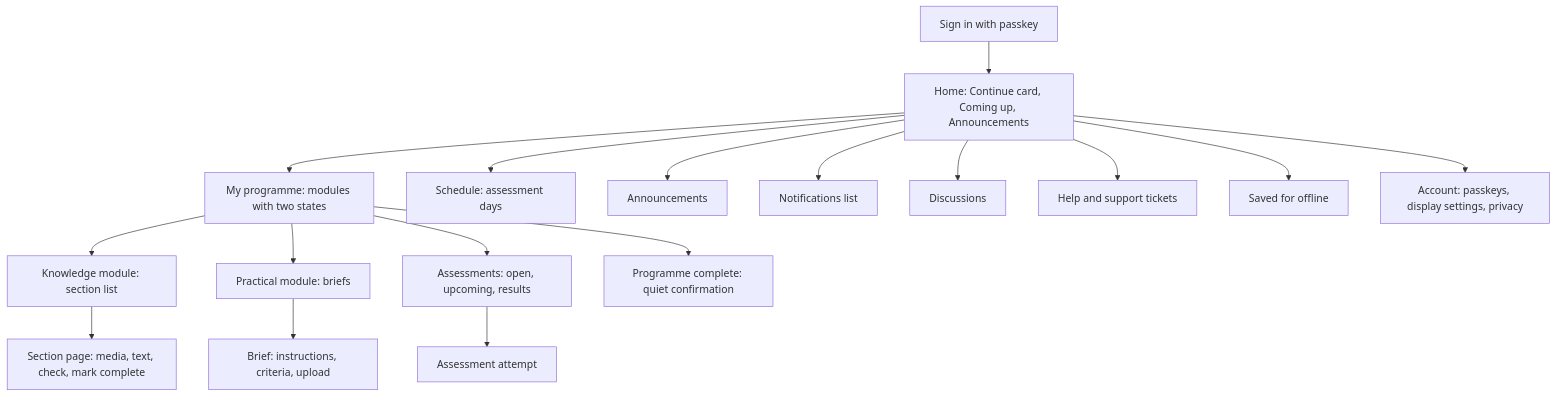
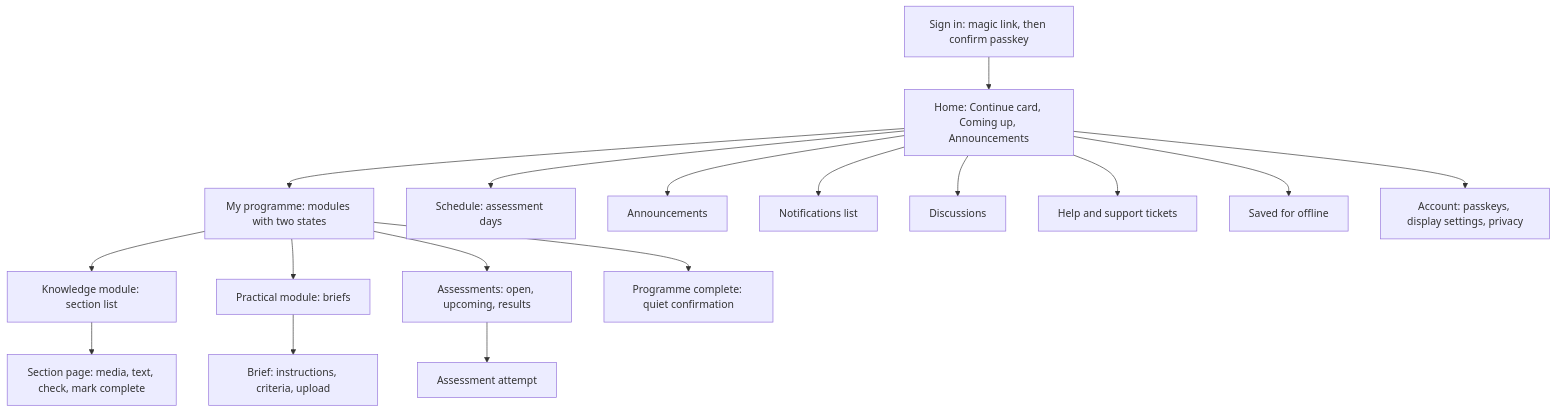
Before and after one commit to grantmx/grithub: the first of 3 diagrams in docs/lms/design.md, drawn with Mermaid. The commit also changed other lines of this file and 22 other files, not shown here.

Commit message:
login and passkey udpates

````diff
--- a/docs/lms/design.md
+++ b/docs/lms/design.md
@@ -30,20 +30,20 @@
 ```mermaid
 flowchart TD
-    Login[Sign in with passkey] --> Home
+    Login[Sign in: magic link, then confirm passkey] --> Home
     Home[Home: Continue card, Coming up, Announcements]
     Home --> Programme[My programme: modules with two states]
     Programme --> KM[Knowledge module: section list]
     Programme --> PM[Practical module: briefs]
     KM --> Section[Section page: media, text, check, mark complete]
     PM --> Brief[Brief: instructions, criteria, upload]
     Programme --> Assess[Assessments: open, upcoming, results]
     Assess --> Attempt[Assessment attempt]
     Home --> Calendar[Schedule: assessment days]
     Home --> Inbox[Announcements]
     Home --> Notify[Notifications list]
     Programme --> Done[Programme complete: quiet confirmation]
     Home --> Discuss[Discussions]
     Home --> Help[Help and support tickets]
     Home --> Saved[Saved for offline]
     Home --> Account[Account: passkeys, display settings, privacy]
 ```
````
